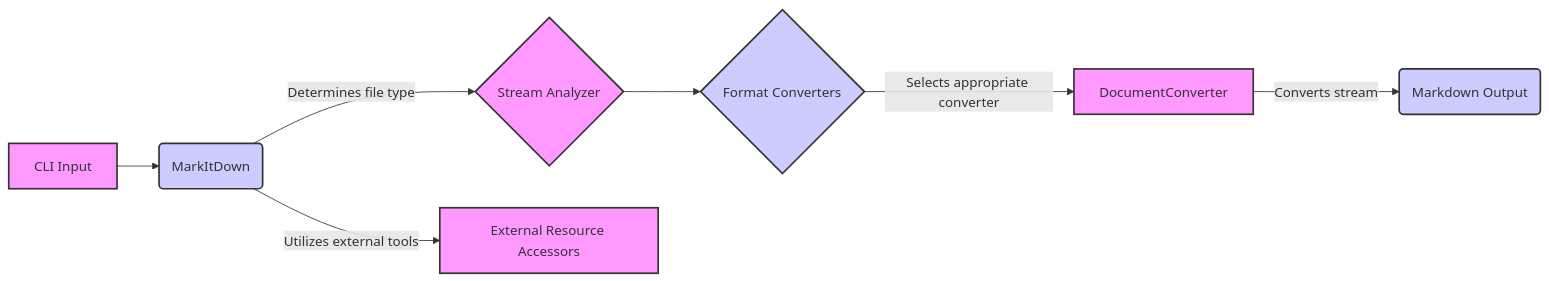
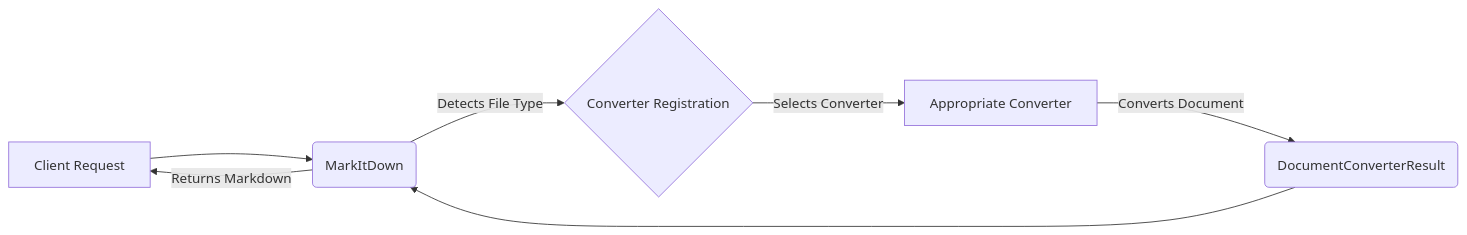
One commit to CodeBoarding/GeneratedOnBoardings changed the diagram in markitdown/Core Conversion Manager.md. Above: the diagram before and after it, drawn with Mermaid. The commit also changed other lines of this file and 10 other files, not shown here.

````diff
--- a/markitdown/Core Conversion Manager.md
+++ b/markitdown/Core Conversion Manager.md
@@ -1,19 +1,11 @@
 ```mermaid
 graph LR
-    A[CLI Input] --> B(MarkItDown); 
-    B -- Determines file type --> C{Stream Analyzer};
-    C --> D{Format Converters};
-    D -- Selects appropriate converter --> E[DocumentConverter];
-    E -- Converts stream --> F(Markdown Output);
-    B -- Utilizes external tools --> G[External Resource Accessors];
-
-    style A fill:#f9f,stroke:#333,stroke-width:2px
-    style B fill:#ccf,stroke:#333,stroke-width:2px
-    style C fill:#f9f,stroke:#333,stroke-width:2px
-    style D fill:#ccf,stroke:#333,stroke-width:2px
-    style E fill:#f9f,stroke:#333,stroke-width:2px
-    style F fill:#ccf,stroke:#333,stroke-width:2px
-    style G fill:#f9f,stroke:#333,stroke-width:2px
+    A[Client Request] --> B(MarkItDown); 
+    B -- Detects File Type --> C{Converter Registration};
+    C -- Selects Converter --> D[Appropriate Converter];
+    D -- Converts Document --> E(DocumentConverterResult);
+    E --> B;
+    B -- Returns Markdown --> A;
 
 
 ```
````
